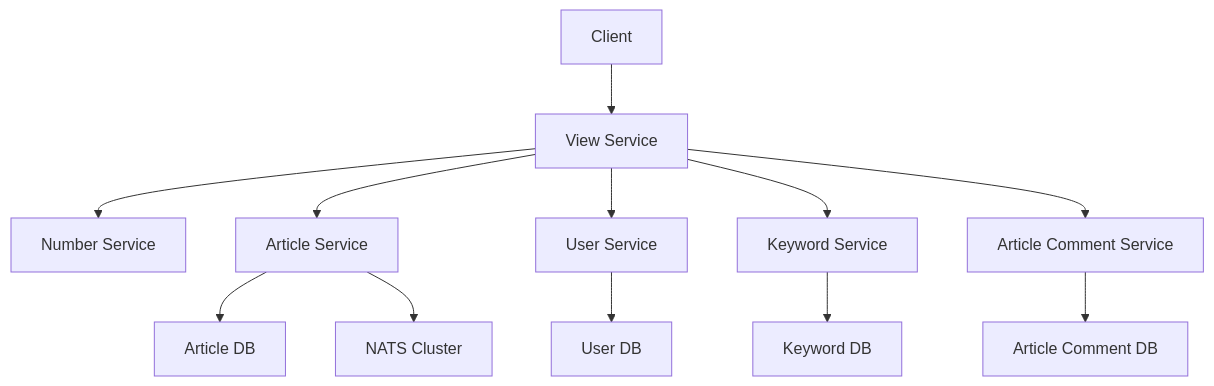
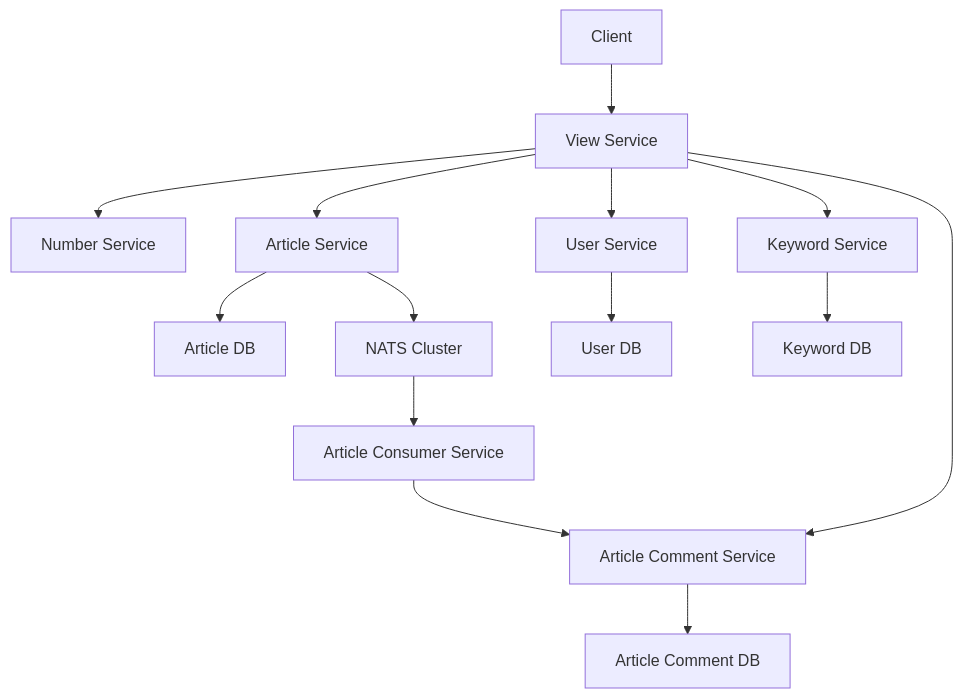
The diagram in README.md (leonsteinhaeuser/example-app), drawn with Mermaid before and after one commit.

Commit message:
docs(README): improved services message graph

````diff
--- a/README.md
+++ b/README.md
@@ -5,20 +5,23 @@
 ```mermaid
 graph TD
   A[Client] --> B[View Service]
   NATS[NATS Cluster]
 
   B --> C[Number Service]
 
   B --> D[Article Service]
   D --> D1[Article DB]
   D --> NATS
 
   B --> E[User Service]
   E --> E1[User DB]
 
   B --> F[Keyword Service]
   F --> F1[Keyword DB]
 
   B --> G[Article Comment Service]
   G --> G1[Article Comment DB]
+
+  NATS --> H[Article Consumer Service]
+  H --> G
 ```
````
